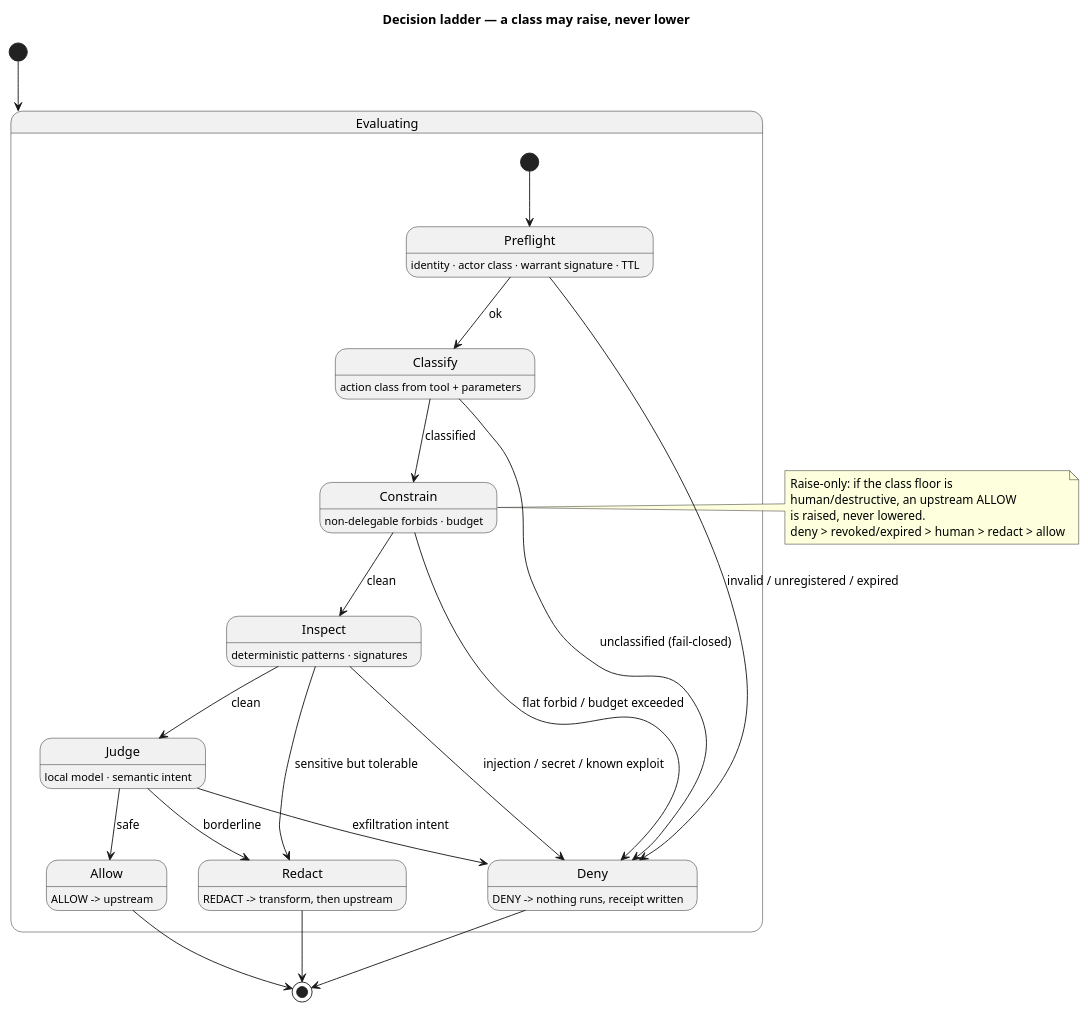
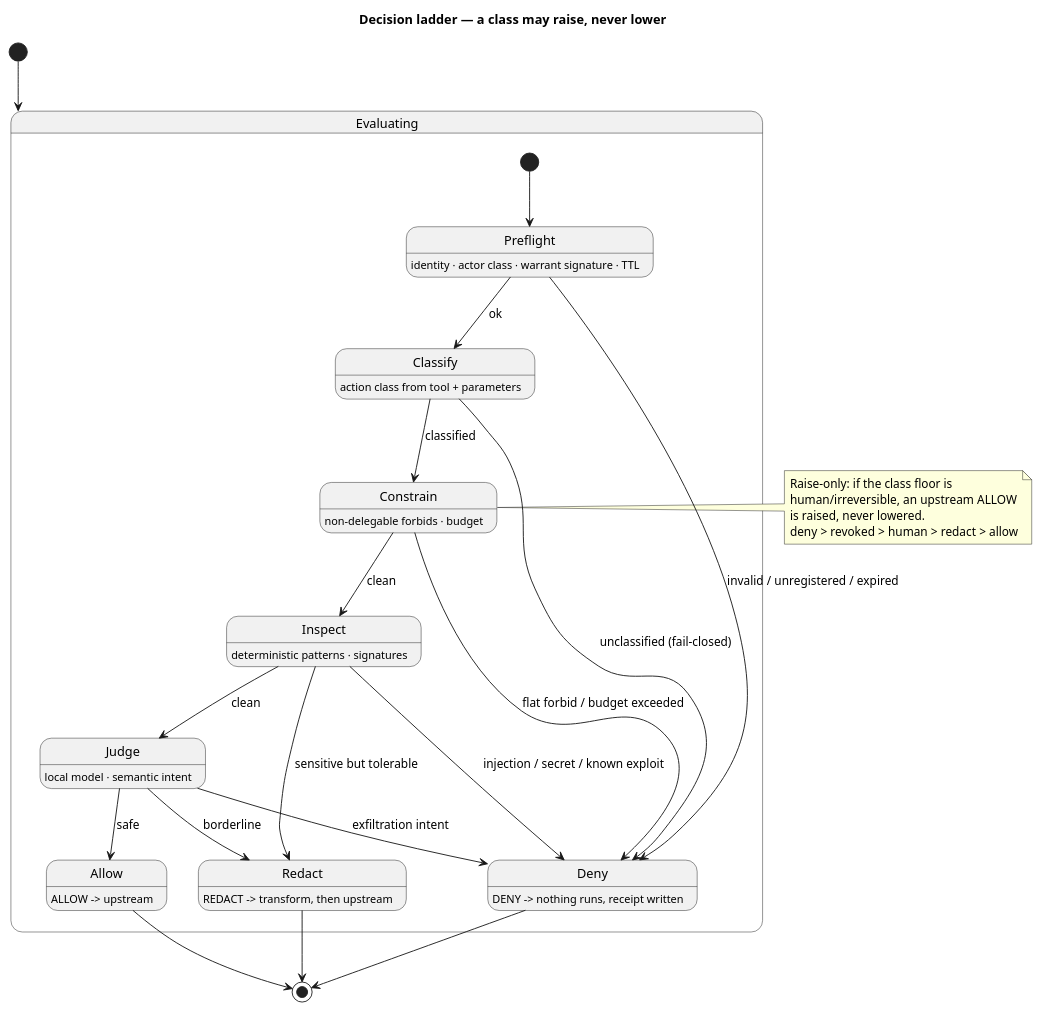
Before and after one commit to indrad3v4/hackyeah-2026-ai-control-layer: the diagram in docs/uml/decision-ladder.puml, drawn with PlantUML.

Commit message:
docs: remove expired from decision ladder

```diff
--- a/docs/uml/decision-ladder.puml
+++ b/docs/uml/decision-ladder.puml
@@ -1,46 +1,46 @@
 @startuml
 title Decision ladder — a class may raise, never lower
 skinparam shadowing false
 
 [*] --> Evaluating
 
 state Evaluating {
   [*] --> Preflight
   Preflight : identity · actor class · warrant signature · TTL
   Preflight --> Classify : ok
   Preflight --> Deny : invalid / unregistered / expired
 
   Classify : action class from tool + parameters
   Classify --> Constrain : classified
   Classify --> Deny : unclassified (fail-closed)
 
   Constrain : non-delegable forbids · budget
   Constrain --> Inspect : clean
   Constrain --> Deny : flat forbid / budget exceeded
 
   Inspect : deterministic patterns · signatures
   Inspect --> Judge : clean
   Inspect --> Redact : sensitive but tolerable
   Inspect --> Deny : injection / secret / known exploit
 
   Judge : local model · semantic intent
   Judge --> Allow : safe
   Judge --> Redact : borderline
   Judge --> Deny : exfiltration intent
 }
 
 Allow : ALLOW -> upstream
 Redact : REDACT -> transform, then upstream
 Deny : DENY -> nothing runs, receipt written
 
 Allow --> [*]
 Redact --> [*]
 Deny --> [*]
 
 note right of Constrain
   Raise-only: if the class floor is
-  human/destructive, an upstream ALLOW
+  human/irreversible, an upstream ALLOW
   is raised, never lowered.
-  deny > revoked/expired > human > redact > allow
+  deny > revoked > human > redact > allow
 end note
 @enduml
```
